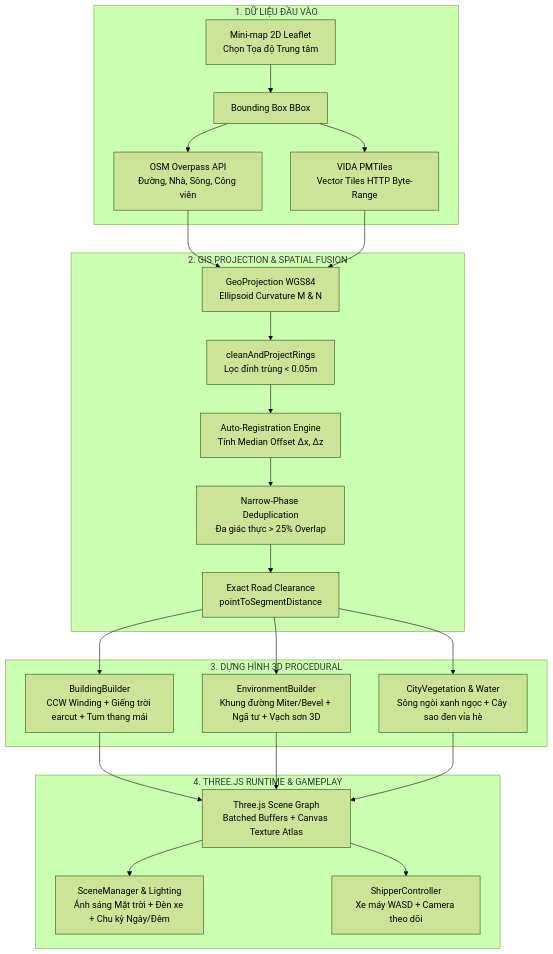
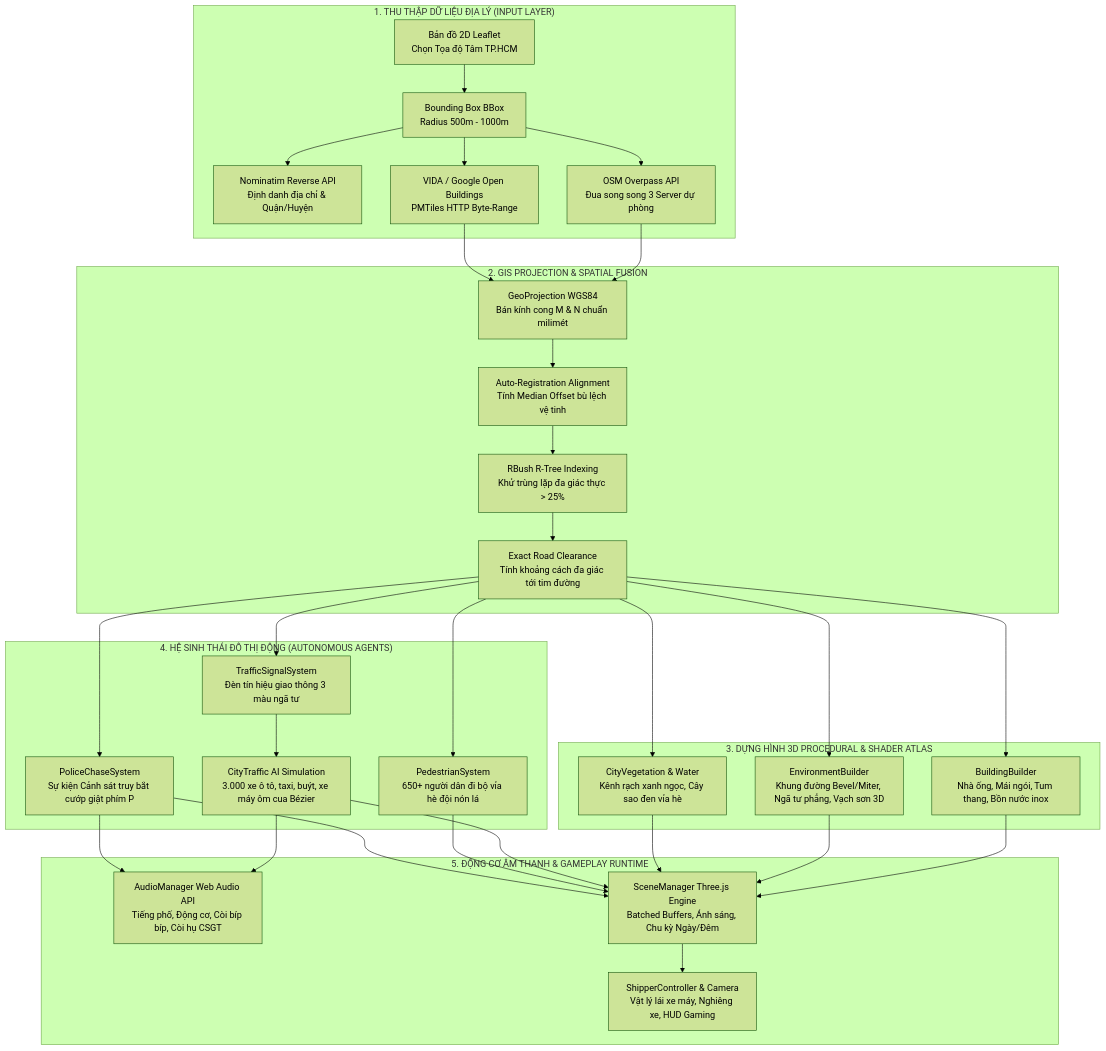
One commit to dovanquy2005/map-3d changed the diagram in README.md. Above: the diagram before and after it, drawn with Mermaid (forest theme). The commit also changed other lines of this file, not shown here.

Commit message:
feat: add 3D city traffic simulation and spatial GIS services for 3D map engine (#8)

````diff
--- a/README.md
+++ b/README.md
@@ -92,28 +157,35 @@
 ```mermaid
 flowchart TD
-    subgraph Input ["1. DỮ LIỆU ĐẦU VÀO"]
-        A[Mini-map 2D Leaflet\nChọn Tọa độ Trung tâm] --> B[Bounding Box BBox]
-        B --> C[OSM Overpass API\nĐường, Nhà, Sông, Công viên]
-        B --> D[VIDA PMTiles\nVector Tiles HTTP Byte-Range]
+    subgraph S1 ["1. THU THẬP DỮ LIỆU ĐỊA LÝ (INPUT LAYER)"]
+        A[Bản đồ 2D Leaflet\nChọn Tọa độ Tâm TP.HCM] --> B[Bounding Box BBox\nRadius 500m - 1000m]
+        B --> C[Nominatim Reverse API\nĐịnh danh địa chỉ & Quận/Huyện]
+        B --> D[OSM Overpass API\nĐua song song 3 Server dự phòng]
+        B --> E[VIDA / Google Open Buildings\nPMTiles HTTP Byte-Range]
     end
 
-    subgraph GeoEngine ["2. GIS PROJECTION & SPATIAL FUSION"]
-        C & D --> E[GeoProjection WGS84\nEllipsoid Curvature M & N]
-        E --> F[cleanAndProjectRings\nLọc đỉnh trùng < 0.05m]
-        F --> G[Auto-Registration Engine\nTính Median Offset Δx, Δz]
-        G --> H[Narrow-Phase Deduplication\nĐa giác thực > 25% Overlap]
-        H --> I[Exact Road Clearance\npointToSegmentDistance]
+    subgraph S2 ["2. GIS PROJECTION & SPATIAL FUSION"]
+        D & E --> F[GeoProjection WGS84\nBán kính cong M & N chuẩn milimét]
+        F --> G[Auto-Registration Alignment\nTính Median Offset bù lệch vệ tinh]
+        G --> H[RBush R-Tree Indexing\nKhử trùng lặp đa giác thực > 25%]
+        H --> I[Exact Road Clearance\nTính khoảng cách đa giác tới tim đường]
     end
 
-    subgraph Procedural ["3. DỰNG HÌNH 3D PROCEDURAL"]
-        I --> J[BuildingBuilder\nCCW Winding + Giếng trời earcut + Tum thang mái]
-        I --> K[EnvironmentBuilder\nKhung đường Miter/Bevel + Ngã tư + Vạch sơn 3D]
-        I --> L[CityVegetation & Water\nSông ngòi xanh ngọc + Cây sao đen vỉa hè]
+    subgraph S3 ["3. DỰNG HÌNH 3D PROCEDURAL & SHADER ATLAS"]
+        I --> J[BuildingBuilder\nNhà ống, Mái ngói, Tum thang, Bồn nước inox]
+        I --> K[EnvironmentBuilder\nKhung đường Bevel/Miter, Ngã tư phẳng, Vạch sơn 3D]
+        I --> L[CityVegetation & Water\nKênh rạch xanh ngọc, Cây sao đen vỉa hè]
     end
 
-    subgraph Runtime ["4. THREE.JS RUNTIME & GAMEPLAY"]
-        J & K & L --> M[Three.js Scene Graph\nBatched Buffers + Canvas Texture Atlas]
-        M --> N[SceneManager & Lighting\nÁnh sáng Mặt trời + Đèn xe + Chu kỳ Ngày/Đêm]
-        M --> O[ShipperController\nXe máy WASD + Camera theo dõi]
+    subgraph S4 ["4. HỆ SINH THÁI ĐÔ THỊ ĐỘNG (AUTONOMOUS AGENTS)"]
+        I --> M[TrafficSignalSystem\nĐèn tín hiệu giao thông 3 màu ngã tư]
+        M --> N[CityTraffic AI Simulation\n3.000 xe ô tô, taxi, buýt, xe máy ôm cua Bézier]
+        I --> O[PedestrianSystem\n650+ người dân đi bộ vỉa hè đội nón lá]
+        I --> P[PoliceChaseSystem\nSự kiện Cảnh sát truy bắt cướp giật phím P]
+    end
+
+    subgraph S5 ["5. ĐỘNG CƠ ÂM THANH & GAMEPLAY RUNTIME"]
+        N & P --> Q[AudioManager Web Audio API\nTiếng phố, Động cơ, Còi bíp bíp, Còi hụ CSGT]
+        J & K & L & N & O & P --> R[SceneManager Three.js Engine\nBatched Buffers, Ánh sáng, Chu kỳ Ngày/Đêm]
+        R --> S[ShipperController & Camera\nVật lý lái xe máy, Nghiêng xe, HUD Gaming]
     end
 ```
````
